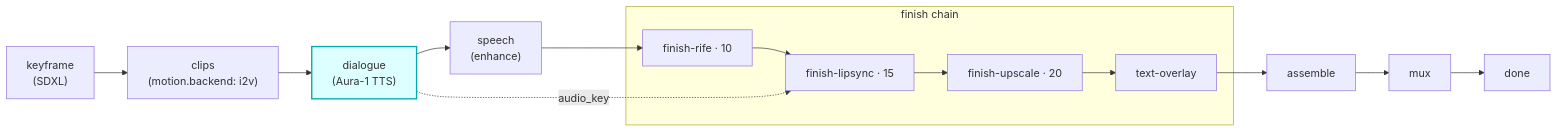
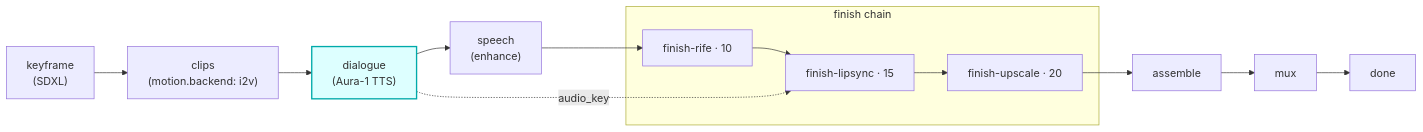
One commit to skyphusion-labs/vivijure changed the diagram in modules/dialogue-gen/README.md. Above: the diagram before and after it, drawn with Mermaid. The commit also changed 23 other files, not shown here.

First line of the commit message:
chore(modules): retire the dead text-overlay finish module (#769)

````diff
--- a/modules/dialogue-gen/README.md
+++ b/modules/dialogue-gen/README.md
@@ -12,21 +12,20 @@
 ```mermaid
 flowchart LR
   kf["keyframe<br/>(SDXL)"]
   clips["clips<br/>(motion.backend: i2v)"]
   dlg["dialogue<br/>(Aura-1 TTS)"]
   sp["speech<br/>(enhance)"]
   subgraph finish["finish chain"]
     rife["finish-rife · 10"]
     ls["finish-lipsync · 15"]
     up["finish-upscale · 20"]
-    ov["text-overlay"]
   end
   asm["assemble"]
   mux["mux"]
   done["done"]
 
-  kf --> clips --> dlg --> sp --> rife --> ls --> up --> ov --> asm --> mux --> done
+  kf --> clips --> dlg --> sp --> rife --> ls --> up --> asm --> mux --> done
   dlg -. "audio_key" .-> ls
 
   style dlg fill:#dff,stroke:#0aa,stroke-width:2px
 ```
````
